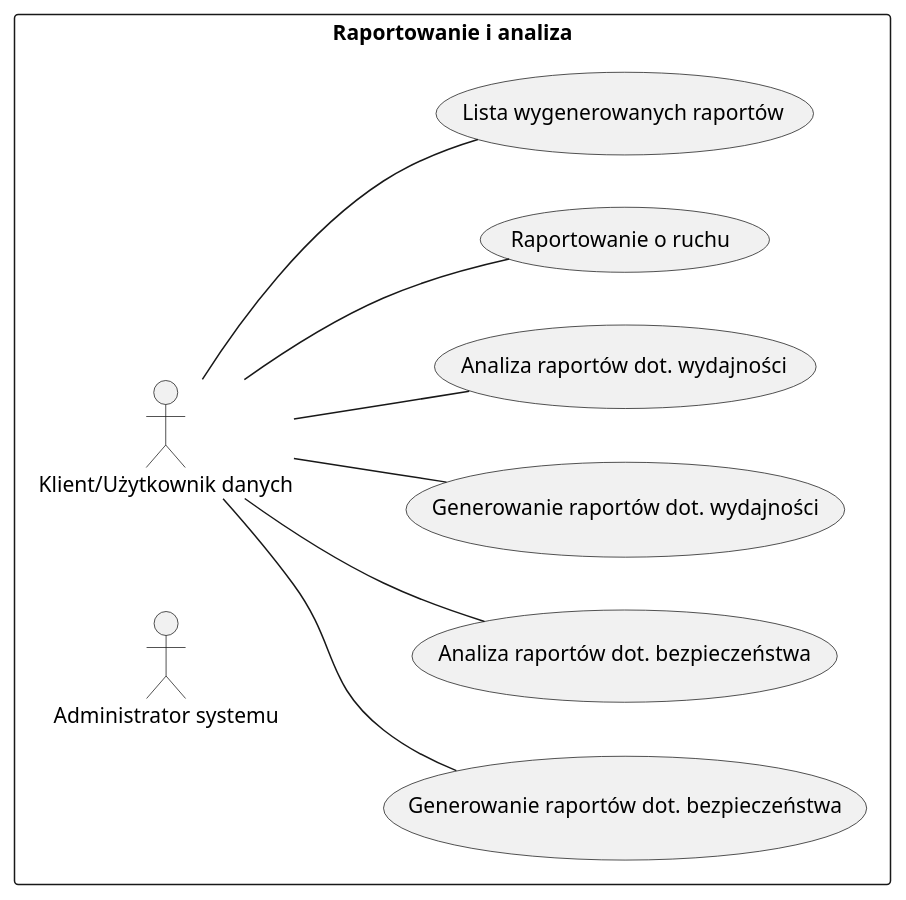
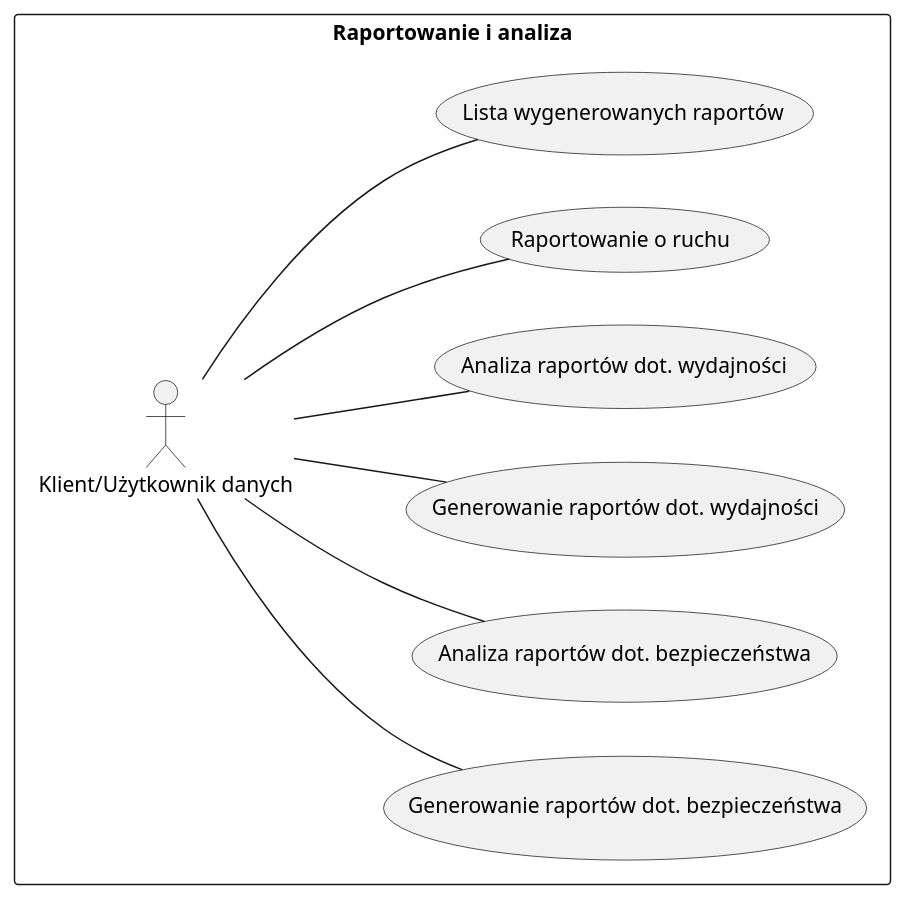
Before and after one commit to aleksanderpiluk/IWO: the diagram in dokumentacja/specyfikacja.wymagan/4.wymagania.uzytkownika/4.1.wymagania.funkcjonalne/4.1.6.rapartowanie.i.analiza/diagram.puml, drawn with PlantUML.

```diff
--- a/dokumentacja/specyfikacja.wymagan/4.wymagania.uzytkownika/4.1.wymagania.funkcjonalne/4.1.6.rapartowanie.i.analiza/diagram.puml
+++ b/dokumentacja/specyfikacja.wymagan/4.wymagania.uzytkownika/4.1.wymagania.funkcjonalne/4.1.6.rapartowanie.i.analiza/diagram.puml
@@ -1,22 +1,22 @@
 @startuml reports
 left to right direction
 
 rectangle "Raportowanie i analiza" {
   actor "Klient/Użytkownik danych" as Użytkownik
-  actor "Administrator systemu" as Administrator
+  
   ' Use cases for reporting and analysis:
   usecase (Generowanie raportów dot. bezpieczeństwa) as GenBezpieczenstwa
   usecase (Analiza raportów dot. bezpieczeństwa) as AnalizaBezpieczenstwa
   usecase (Generowanie raportów dot. wydajności) as GenWydajnosci
   usecase (Analiza raportów dot. wydajności) as AnalizaWydajnosci
   usecase (Raportowanie o ruchu) as RaportowanieRuchu
   usecase (Lista wygenerowanych raportów) as ListaRaportow
 
   Użytkownik -- GenBezpieczenstwa
   Użytkownik -- AnalizaBezpieczenstwa
   Użytkownik -- GenWydajnosci
   Użytkownik -- AnalizaWydajnosci
   Użytkownik -- RaportowanieRuchu
   Użytkownik -- ListaRaportow
 }
 @enduml
```
